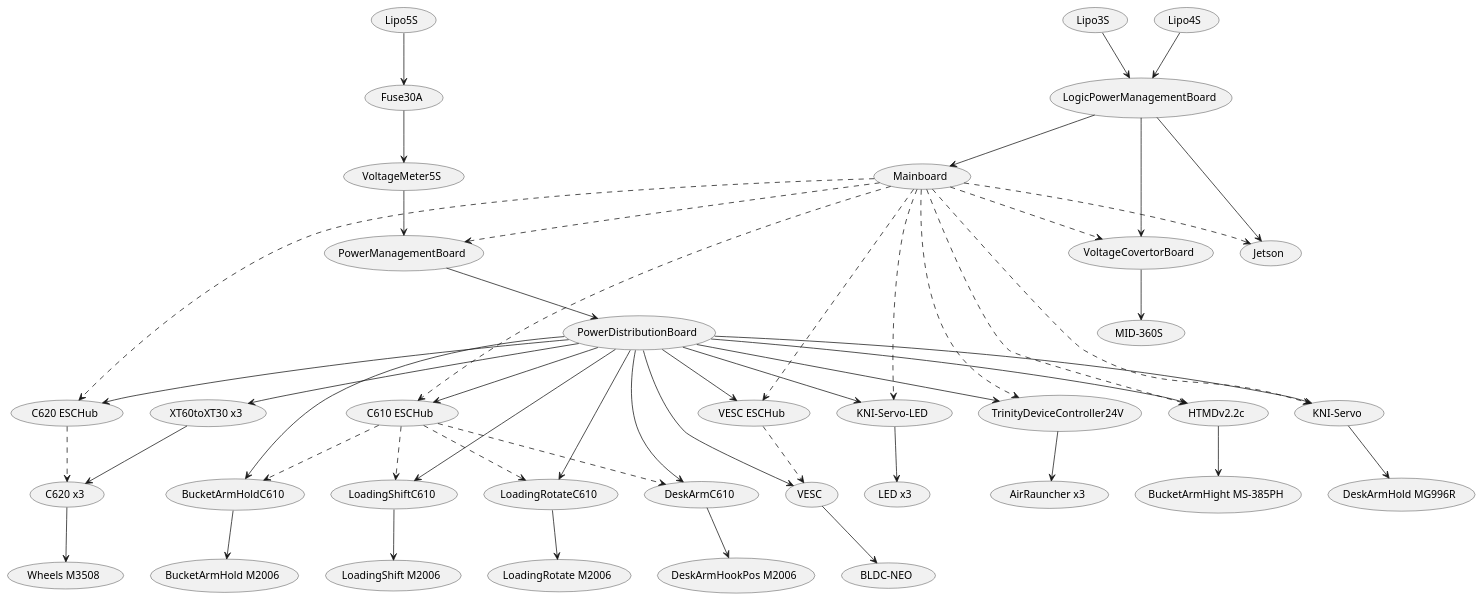
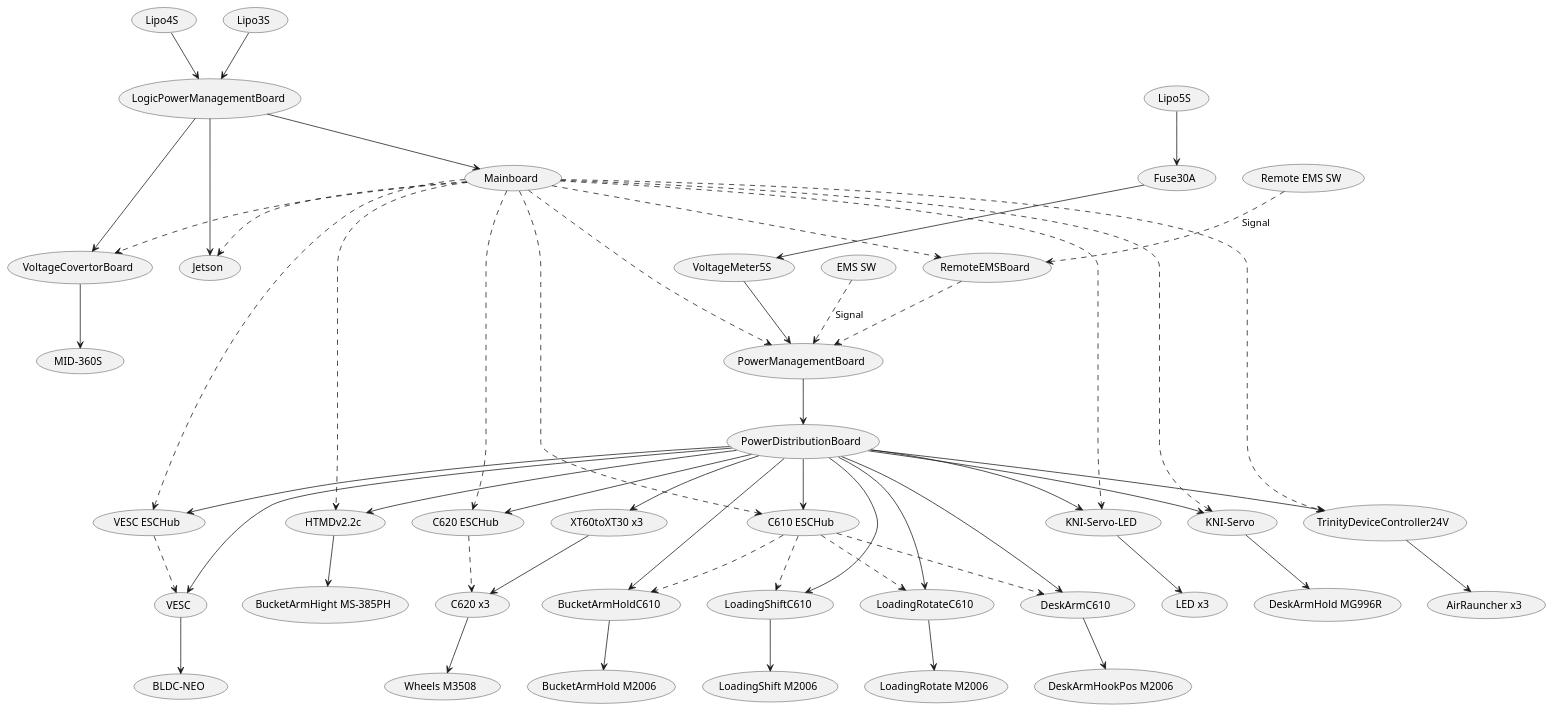
The diagram in wireing/wireing_diagram.pu (tmcit-ararobo-2026a/system-design), drawn with PlantUML before and after one commit.

Commit message:
feat:Add EMS Wireing

```diff
--- a/wireing/wireing_diagram.pu
+++ b/wireing/wireing_diagram.pu
@@ -1,55 +1,60 @@
 @startuml Power wireing Diagram
 
 (Lipo5S) --> (Fuse30A)
 (Fuse30A) --> (VoltageMeter5S)
 (VoltageMeter5S) --> (PowerManagementBoard)
 (PowerManagementBoard) --> (PowerDistributionBoard)
 (PowerDistributionBoard) --> (VESC)
 (VESC) --> (BLDC-NEO)
 (PowerDistributionBoard) --> (XT60toXT30 x3)
 (XT60toXT30 x3) --> (C620 x3)
 (C620 x3) --> (Wheels M3508)
 (PowerDistributionBoard) --> (BucketArmHoldC610)
 (BucketArmHoldC610) --> (BucketArmHold M2006)
 (PowerDistributionBoard) --> (LoadingShiftC610)
 (LoadingShiftC610) --> (LoadingShift M2006)
 (PowerDistributionBoard) --> (LoadingRotateC610)
 (LoadingRotateC610) --> (LoadingRotate M2006)
 (PowerDistributionBoard) --> (HTMDv2.2c)
 (HTMDv2.2c) --> (BucketArmHight MS-385PH)
 (PowerDistributionBoard) --> (DeskArmC610)
 (DeskArmC610) --> (DeskArmHookPos M2006)
 (PowerDistributionBoard) --> (KNI-Servo)
 (KNI-Servo) --> (DeskArmHold MG996R)
 (PowerDistributionBoard) --> (KNI-Servo-LED)
 (KNI-Servo-LED) --> (LED x3)
 (PowerDistributionBoard) --> (TrinityDeviceController24V)
 (TrinityDeviceController24V) --> (AirRauncher x3)
 (PowerDistributionBoard) --> (C620 ESCHub)
 (PowerDistributionBoard) --> (C610 ESCHub)
 (PowerDistributionBoard) --> (VESC ESCHub)
 
+(EMS SW) ..> (PowerManagementBoard) : Signal
+(Remote EMS SW) ..> (RemoteEMSBoard) : Signal
+(RemoteEMSBoard) ..> (PowerManagementBoard)
+
 (Lipo4S) --> (LogicPowerManagementBoard)
 (Lipo3S) --> (LogicPowerManagementBoard)
 (LogicPowerManagementBoard) --> (Jetson)
 (LogicPowerManagementBoard) --> (Mainboard)
 (LogicPowerManagementBoard) --> (VoltageCovertorBoard)
 (VoltageCovertorBoard) --> (MID-360S)
 (Mainboard) ..> (C620 ESCHub)
 (C620 ESCHub) ..> (C620 x3)
 (Mainboard) ..> (C610 ESCHub)
 (C610 ESCHub) ..> (BucketArmHoldC610)
 (C610 ESCHub) ..> (LoadingShiftC610)
 (C610 ESCHub) ..> (LoadingRotateC610)
 (C610 ESCHub) ..> (DeskArmC610)
 (Mainboard) ..> (VESC ESCHub)
 (VESC ESCHub) ..> (VESC)
 (Mainboard) ..> (HTMDv2.2c)
 (Mainboard) ..> (KNI-Servo)
 (Mainboard) ..> (KNI-Servo-LED)
 (Mainboard) ..> (TrinityDeviceController24V)
 (Mainboard) ..> (Jetson)
 (Mainboard) ..> (PowerManagementBoard)
 (Mainboard) ..> (VoltageCovertorBoard)
+(Mainboard) ..> (RemoteEMSBoard)
 
 @enduml
```
